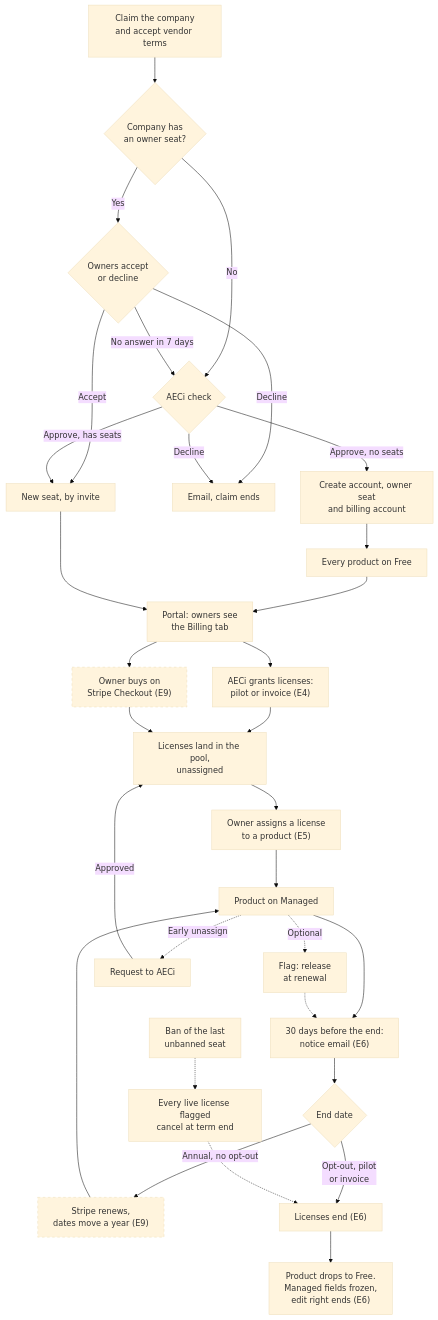
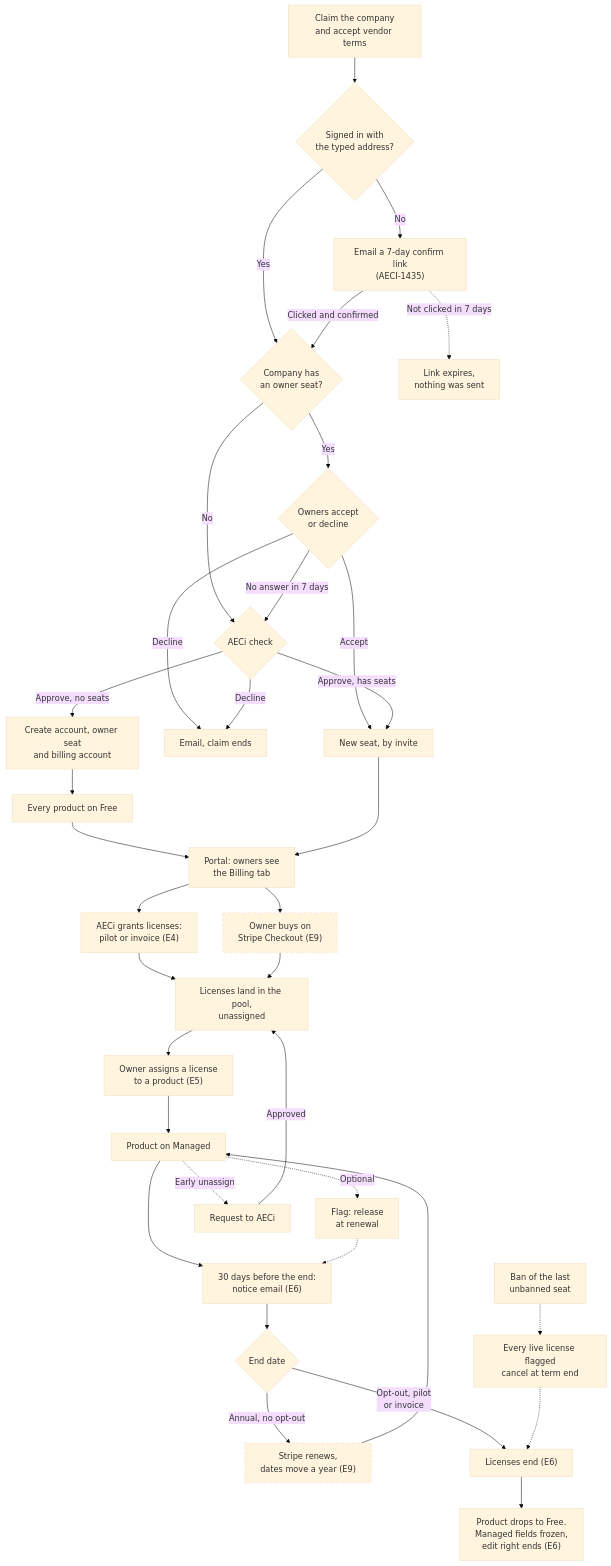
Before and after one commit to the-wbs-project/aec-integrations: the diagram in docs/VENDOR_SIGNUP_PROCESS.md, drawn with Mermaid (base theme). The commit also changed other lines of this file and 73 other files, not shown here.

First line of the commit message:
AECI-1435: confirm the typed email address before a claim counts (#1019)

````diff
--- a/docs/VENDOR_SIGNUP_PROCESS.md
+++ b/docs/VENDOR_SIGNUP_PROCESS.md
@@ -113,36 +120,40 @@
 ```mermaid
 flowchart TD
-    claim["Claim the company<br/>and accept vendor terms"] --> hasSeats{"Company has<br/>an owner seat?"}
+    claim["Claim the company<br/>and accept vendor terms"] --> signedIn{"Signed in with<br/>the typed address?"}
+    signedIn -->|Yes| hasSeats{"Company has<br/>an owner seat?"}
+    signedIn -->|No| confirmLink["Email a 7-day confirm link<br/>(AECI-1435)"]
+    confirmLink -->|"Clicked and confirmed"| hasSeats
+    confirmLink -.->|"Not clicked in 7 days"| expired["Link expires,<br/>nothing was sent"]
     hasSeats -->|No| check{"AECi check"}
     hasSeats -->|Yes| owners{"Owners accept<br/>or decline"}
     owners -->|Accept| seat["New seat, by invite"]
     owners -->|Decline| declined["Email, claim ends"]
     owners -->|"No answer in 7 days"| check
     check -->|Decline| declined
     check -->|"Approve, no seats"| create["Create account, owner seat<br/>and billing account"]
     check -->|"Approve, has seats"| seat
     create --> free["Every product on Free"]
     free --> portal["Portal: owners see<br/>the Billing tab"]
     seat --> portal
     portal --> grant["AECi grants licenses:<br/>pilot or invoice (E4)"]
     portal --> buy["Owner buys on<br/>Stripe Checkout (E9)"]
     grant --> pool["Licenses land in the pool,<br/>unassigned"]
     buy --> pool
     pool --> assign["Owner assigns a license<br/>to a product (E5)"]
     assign --> managed["Product on Managed"]
     managed -.->|Optional| release["Flag: release<br/>at renewal"]
     managed -.->|"Early unassign"| request["Request to AECi"]
     request -->|Approved| pool
     managed --> notice["30 days before the end:<br/>notice email (E6)"]
     release -.-> notice
     notice --> endDate{"End date"}
     endDate -->|"Annual, no opt-out"| renew["Stripe renews,<br/>dates move a year (E9)"]
     renew --> managed
     endDate -->|"Opt-out, pilot<br/>or invoice"| lapse["Licenses end (E6)"]
     lapse --> handBack["Product drops to Free.<br/>Managed fields frozen,<br/>edit right ends (E6)"]
     ban["Ban of the last<br/>unbanned seat"] -.-> cancelFlag["Every live license flagged<br/>cancel at term end"]
     cancelFlag -.-> lapse
 
     classDef notBuilt stroke-dasharray: 5 5
     class buy,renew notBuilt
 ```
````
